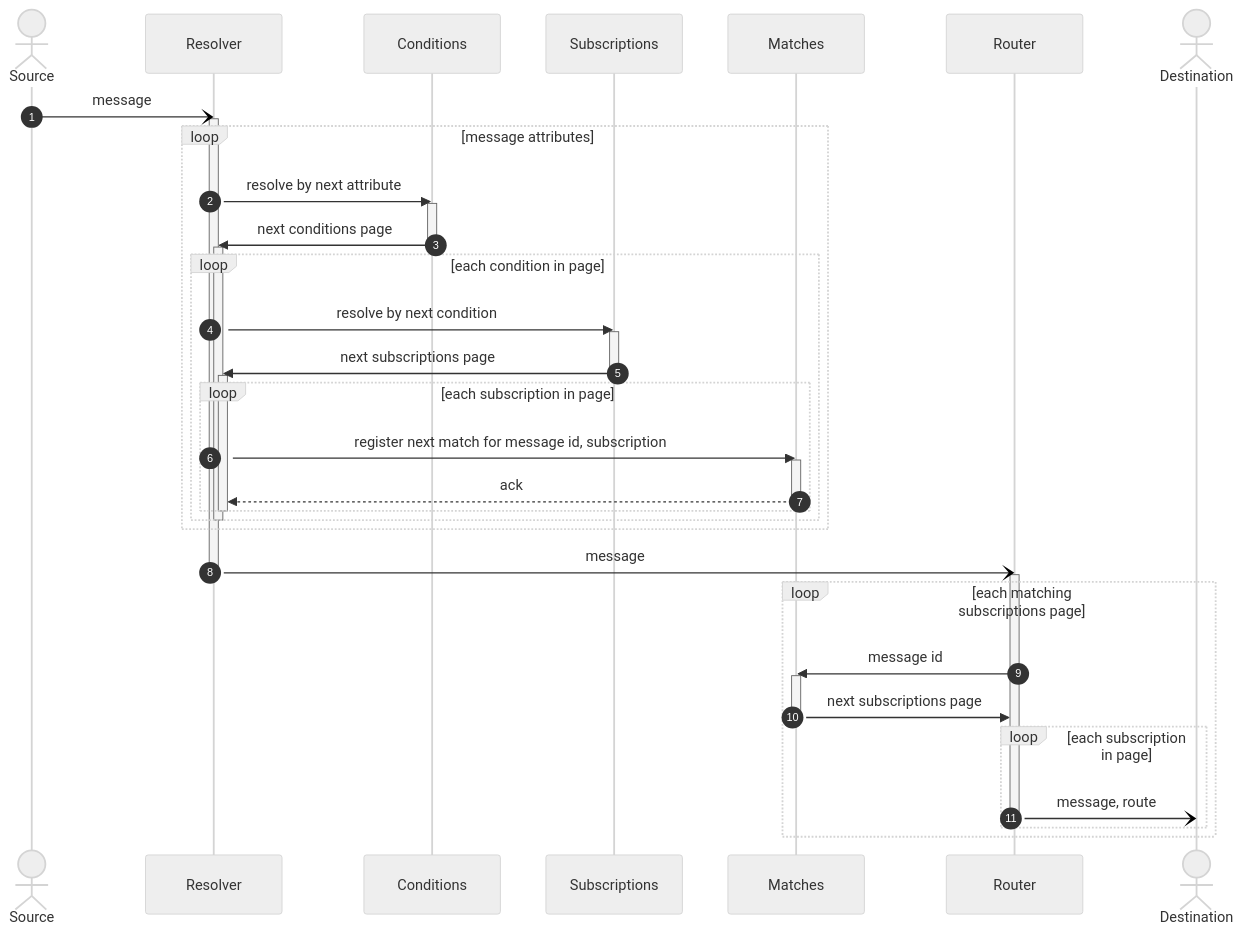
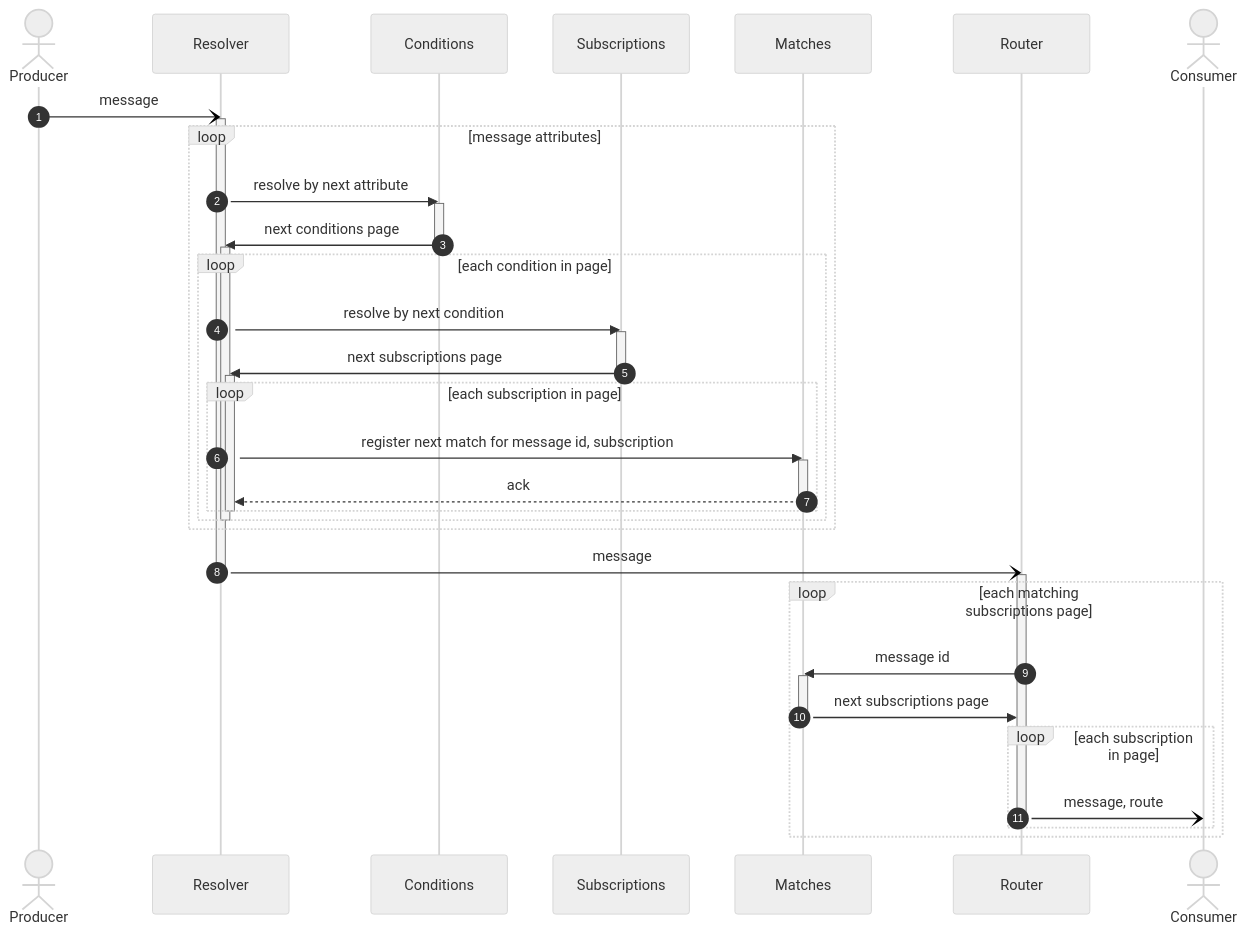
Before and after one commit to awakari/.github: the diagram in profile/README.md, drawn with Mermaid. The commit also changed other lines of this file, not shown here.

````diff
--- a/profile/README.md
+++ b/profile/README.md
@@ -95,63 +113,63 @@
 ```mermaid
 %%{init: {'theme': 'neutral' } }%%
 sequenceDiagram
 
     autonumber
 
-    actor Source
+    actor Producer
     participant Resolver
     participant Conditions
     participant Subscriptions
     participant Matches
     participant Router
-    actor Destination
+    actor Consumer
 
-    Source-)Resolver: message
+    Producer-)Resolver: message
     activate Resolver
     
     loop message attributes
     
         Resolver->>Conditions: resolve by next attribute 
         activate Conditions
         Conditions->>Resolver: next conditions page
         deactivate Conditions
         
         activate Resolver
         loop each condition in page
             
             Resolver->>Subscriptions: resolve by next condition
             activate Subscriptions
             Subscriptions->>Resolver: next subscriptions page
             deactivate Subscriptions
             
             activate Resolver
             loop each subscription in page
                 Resolver->>Matches: register next match for message id, subscription
                 activate Matches
                 Matches-->>Resolver: ack
                 deactivate Matches
             end
             deactivate Resolver
             
         end
         deactivate Resolver
     end
         
     Resolver-)Router: message
     deactivate Resolver
 
     activate Router
     loop each matching subscriptions page
         
         Router->>Matches: message id
         activate Matches
         Matches->>Router: next subscriptions page
         deactivate Matches
         
         loop each subscription in page
-            Router-)Destination: message, route
+            Router-)Consumer: message, route
             deactivate Router
         end
         
     end
 ```
````
